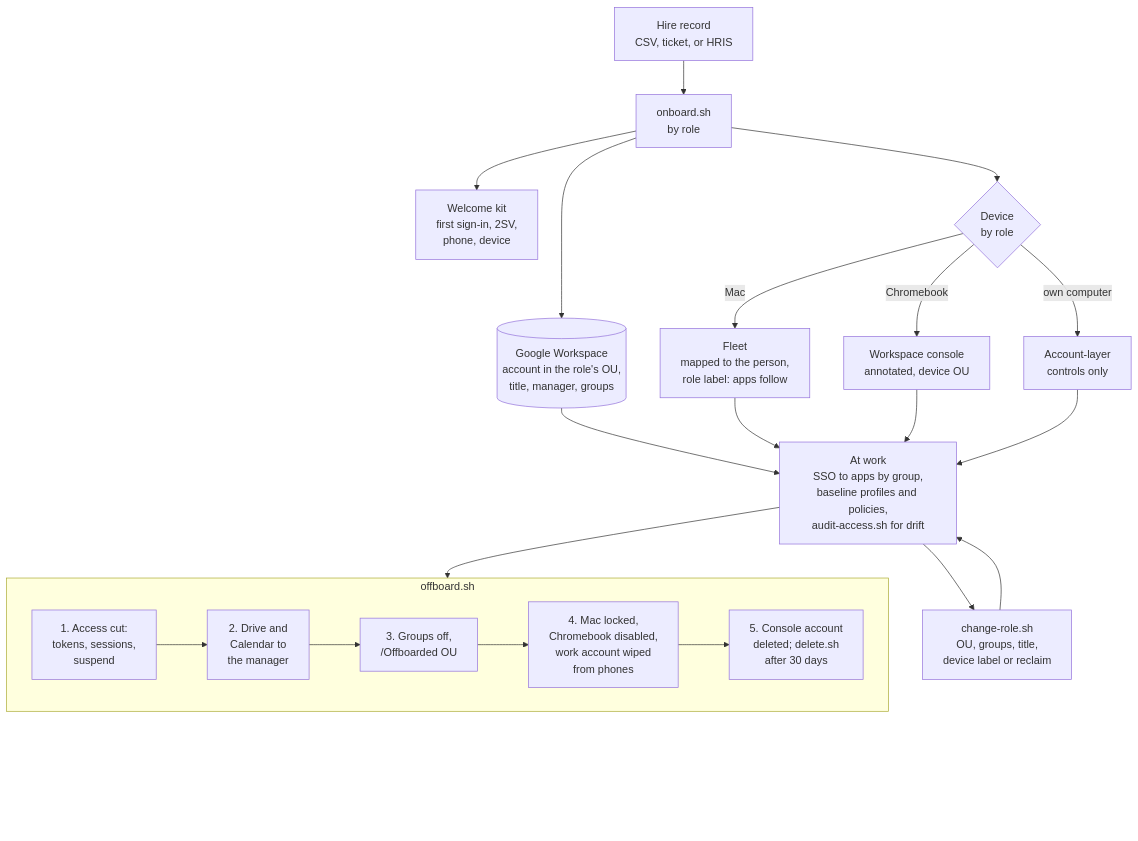
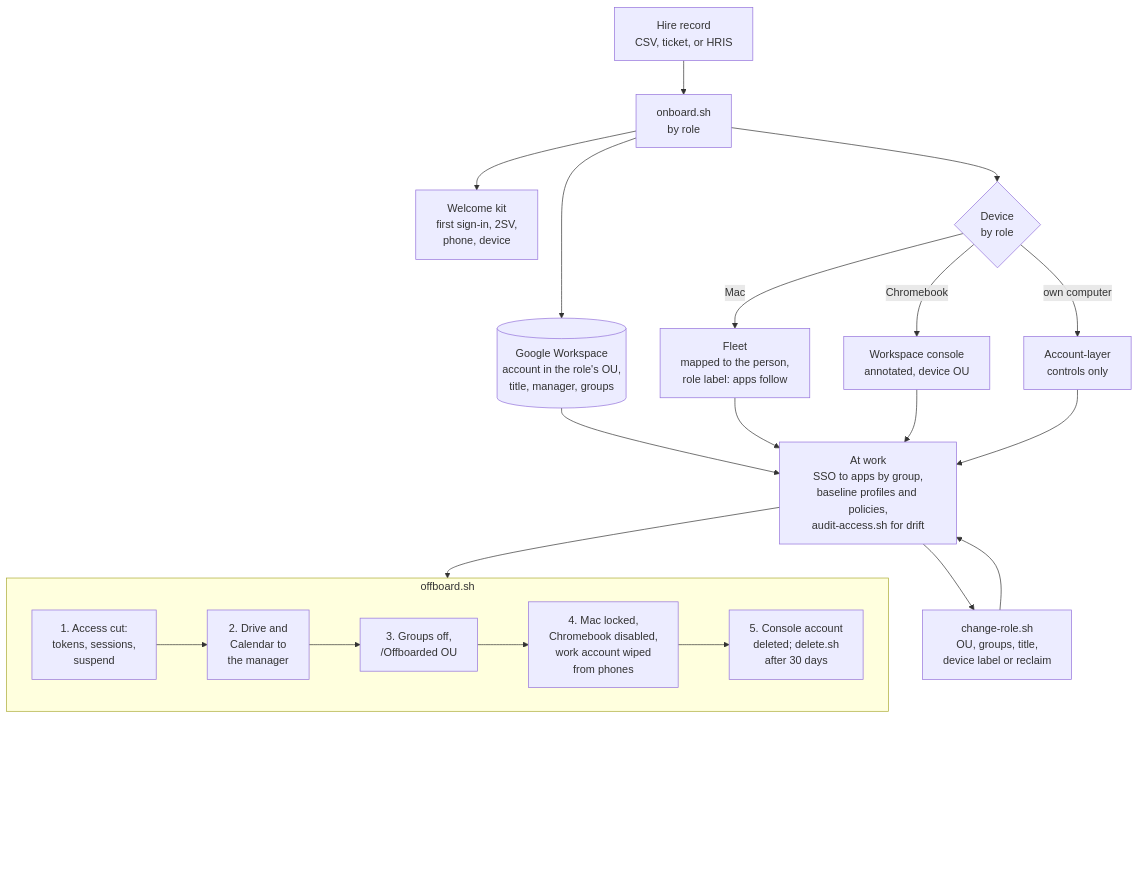
One commit to tjcollins321/endpoint-identity-lab changed the diagram in README.md. Above: the diagram before and after it, drawn with Mermaid.

Commit message:
README: one more rank of room under the offboarding row

````diff
--- a/README.md
+++ b/README.md
@@ -25,26 +25,26 @@
 ```mermaid
 flowchart TB
   HR["Hire record<br/>CSV, ticket, or HRIS"] --> ON["onboard.sh<br/>by role"]
   ON --> WS[("Google Workspace<br/>account in the role's OU,<br/>title, manager, groups")]
   ON --> KIT["Welcome kit<br/>first sign-in, 2SV,<br/>phone, device"]
   ON --> DEV{"Device<br/>by role"}
   DEV -->|Mac| FL["Fleet<br/>mapped to the person,<br/>role label: apps follow"]
   DEV -->|Chromebook| CR["Workspace console<br/>annotated, device OU"]
   DEV -->|own computer| BYOD["Account-layer<br/>controls only"]
   WS --> WORK["At work<br/>SSO to apps by group,<br/>baseline profiles and policies,<br/>audit-access.sh for drift"]
   FL --> WORK
   CR --> WORK
   BYOD --> WORK
   WORK --> CH["change-role.sh<br/>OU, groups, title,<br/>device label or reclaim"]
   CH --> WORK
   WORK --> LEAVE
   subgraph LEAVE["offboard.sh"]
     direction LR
     O1["1. Access cut:<br/>tokens, sessions,<br/>suspend"] --> O2["2. Drive and<br/>Calendar to<br/>the manager"]
     O2 --> O3["3. Groups off,<br/>/Offboarded OU"]
     O3 --> O4["4. Mac locked,<br/>Chromebook disabled,<br/>work account wiped<br/>from phones"]
     O4 --> O5["5. Console account<br/>deleted; delete.sh<br/>after 30 days"]
   end
-  LEAVE ~~~~~ PAD[" "]
+  LEAVE ~~~~~~ PAD[" "]
   style PAD fill:none,stroke:none
 ```
````
